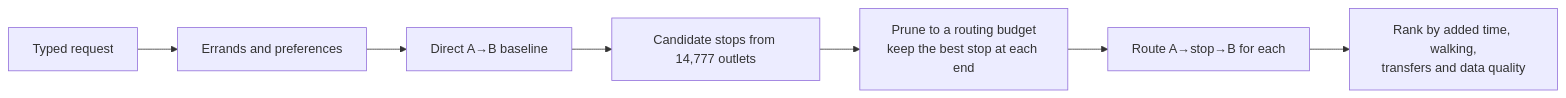
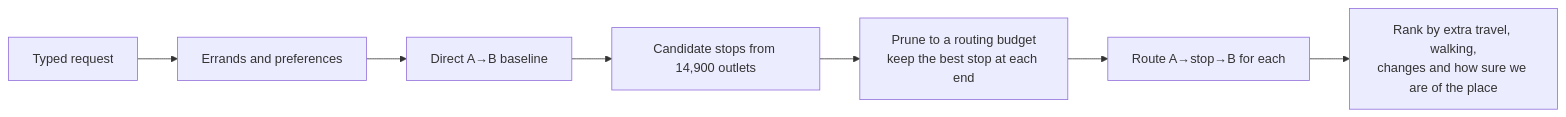
The diagram in README.md (wenhaoyay/along-sg), drawn with Mermaid before and after one commit. The commit also changed other lines of this file and 1 other file, not shown here.

````diff
--- a/README.md
+++ b/README.md
@@ -24,9 +34,9 @@
 ```mermaid
 flowchart LR
     A[Typed request] --> B[Errands and preferences]
     B --> C[Direct A→B baseline]
-    C --> D[Candidate stops from 14,777 outlets]
+    C --> D[Candidate stops from 14,900 outlets]
     D --> E[Prune to a routing budget<br/>keep the best stop at each end]
     E --> F[Route A→stop→B for each]
-    F --> G[Rank by added time, walking,<br/>transfers and data quality]
+    F --> G[Rank by extra travel, walking,<br/>changes and how sure we are of the place]
 ```
````
